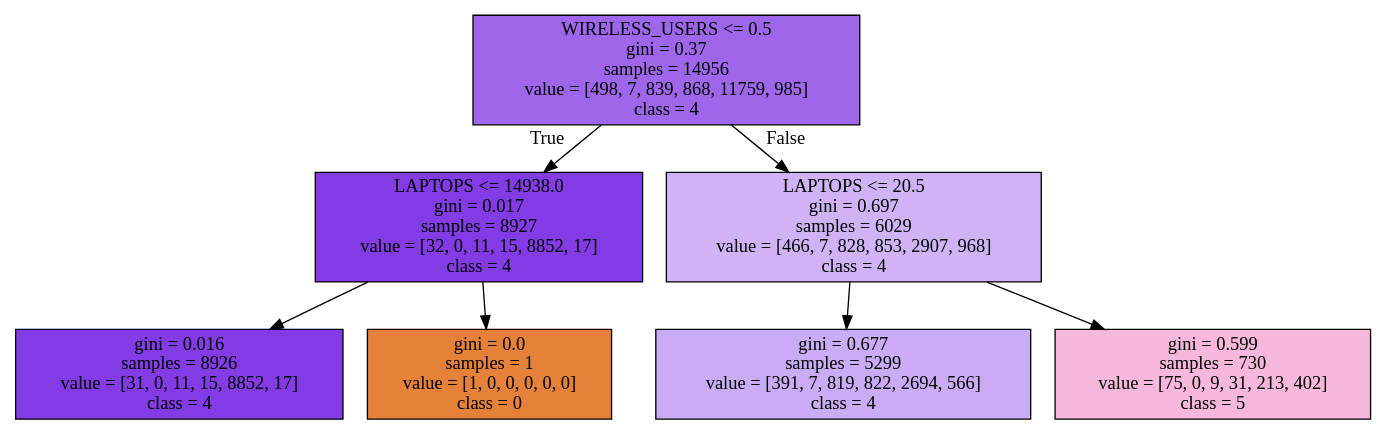
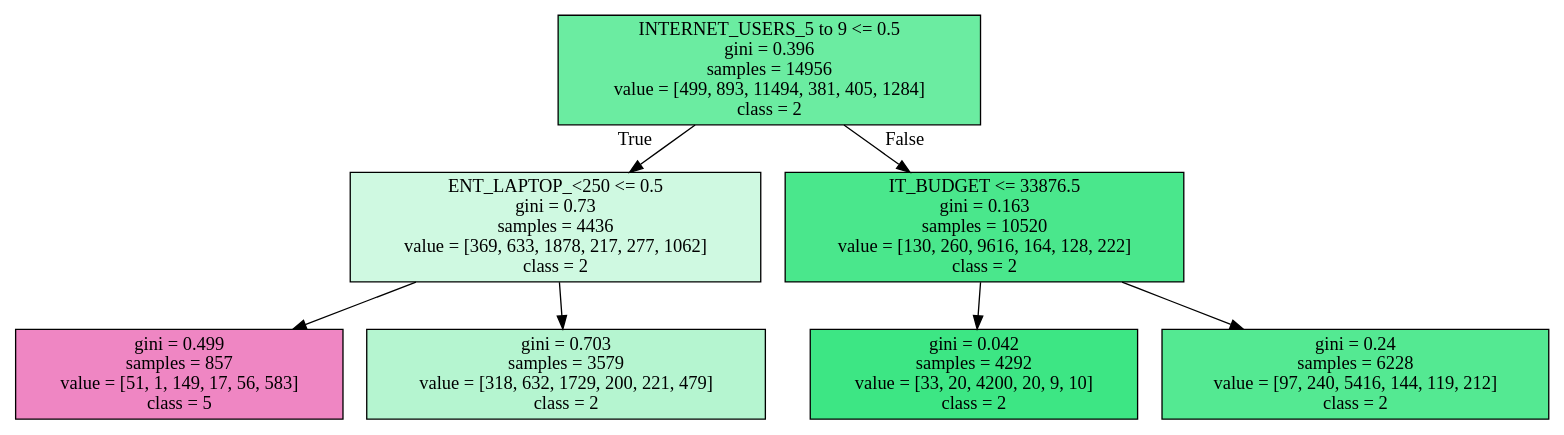
Before and after one commit to AlaaBejaoui/AberdeenProject: the diagram in AberdeenProject/results/aberdeenData.dot, drawn with Graphviz. The commit also changed 5 other files, not shown here.

```diff
--- a/AberdeenProject/results/aberdeenData.dot
+++ b/AberdeenProject/results/aberdeenData.dot
@@ -1,16 +1,16 @@
 digraph Tree {
 node [shape=box, style="filled", color="black"] ;
-0 [label="WIRELESS_USERS <= 0.5\ngini = 0.37\nsamples = 14956\nvalue = [498, 7, 839, 868, 11759, 985]\nclass = 4", fillcolor="#9e66eb"] ;
-1 [label="LAPTOPS <= 14938.0\ngini = 0.017\nsamples = 8927\nvalue = [32, 0, 11, 15, 8852, 17]\nclass = 4", fillcolor="#823be5"] ;
+0 [label="INTERNET_USERS_5 to 9 <= 0.5\ngini = 0.396\nsamples = 14956\nvalue = [499, 893, 11494, 381, 405, 1284]\nclass = 2", fillcolor="#6beca1"] ;
+1 [label="ENT_LAPTOP_<250 <= 0.5\ngini = 0.73\nsamples = 4436\nvalue = [369, 633, 1878, 217, 277, 1062]\nclass = 2", fillcolor="#cff9e1"] ;
 0 -> 1 [labeldistance=2.5, labelangle=45, headlabel="True"] ;
-2 [label="gini = 0.016\nsamples = 8926\nvalue = [31, 0, 11, 15, 8852, 17]\nclass = 4", fillcolor="#823be5"] ;
+2 [label="gini = 0.499\nsamples = 857\nvalue = [51, 1, 149, 17, 56, 583]\nclass = 5", fillcolor="#ef86c3"] ;
 1 -> 2 ;
-3 [label="gini = 0.0\nsamples = 1\nvalue = [1, 0, 0, 0, 0, 0]\nclass = 0", fillcolor="#e58139"] ;
+3 [label="gini = 0.703\nsamples = 3579\nvalue = [318, 632, 1729, 200, 221, 479]\nclass = 2", fillcolor="#b5f5d0"] ;
 1 -> 3 ;
-4 [label="LAPTOPS <= 20.5\ngini = 0.697\nsamples = 6029\nvalue = [466, 7, 828, 853, 2907, 968]\nclass = 4", fillcolor="#cfb3f5"] ;
+4 [label="IT_BUDGET <= 33876.5\ngini = 0.163\nsamples = 10520\nvalue = [130, 260, 9616, 164, 128, 222]\nclass = 2", fillcolor="#4ae78c"] ;
 0 -> 4 [labeldistance=2.5, labelangle=-45, headlabel="False"] ;
-5 [label="gini = 0.677\nsamples = 5299\nvalue = [391, 7, 819, 822, 2694, 566]\nclass = 4", fillcolor="#caacf4"] ;
+5 [label="gini = 0.042\nsamples = 4292\nvalue = [33, 20, 4200, 20, 9, 10]\nclass = 2", fillcolor="#3de684"] ;
 4 -> 5 ;
-6 [label="gini = 0.599\nsamples = 730\nvalue = [75, 0, 9, 31, 213, 402]\nclass = 5", fillcolor="#f5b7db"] ;
+6 [label="gini = 0.24\nsamples = 6228\nvalue = [97, 240, 5416, 144, 119, 212]\nclass = 2", fillcolor="#54e992"] ;
 4 -> 6 ;
 }
```
